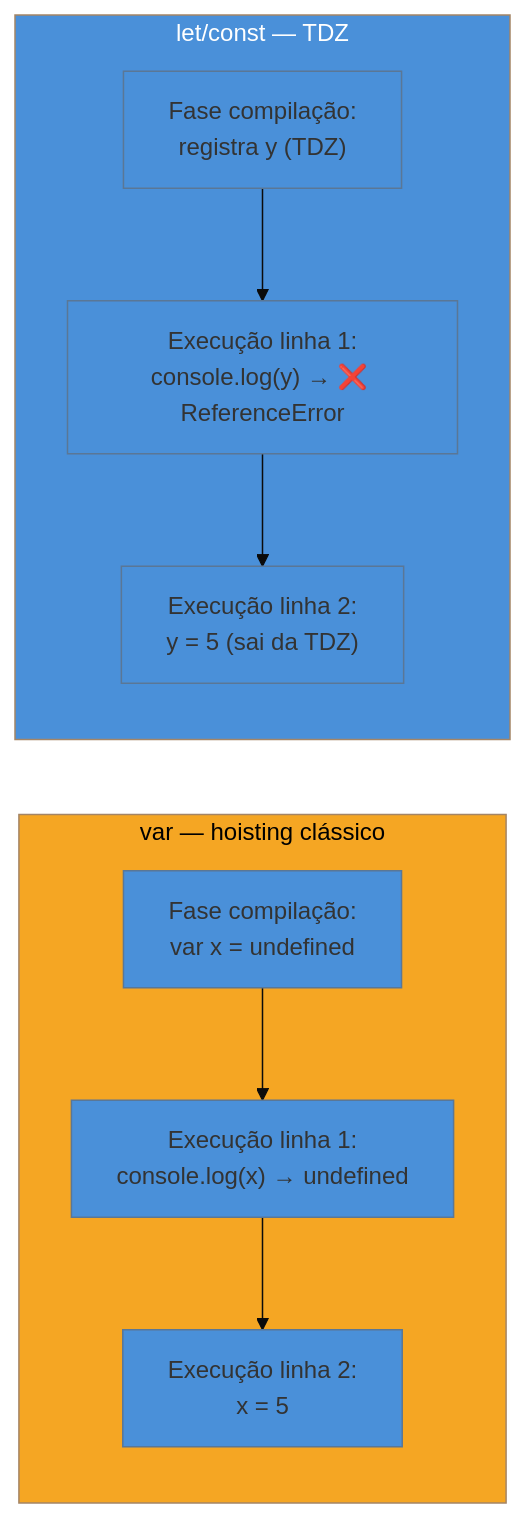
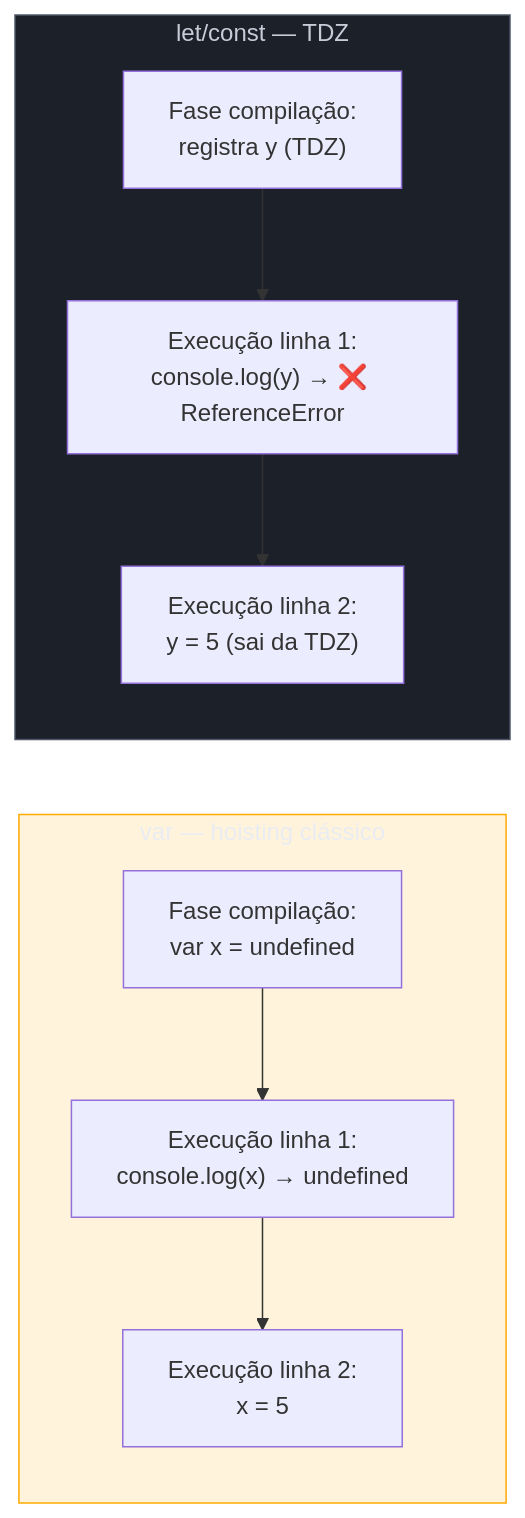
One commit to josenaldo/codex-technomanticus changed the fifth of 5 diagrams in 03-Dominios/Tecnologia/JavaScript/25 - Armadilhas e quirks.md. Above: the diagram before and after it, drawn with Mermaid. The commit also changed other lines of this file and 1181 other files, not shown here.

First line of the commit message:
fix(diagramas): paleta do sistema no lugar de cor cravada no markdown

````diff
--- a/03-Dominios/Tecnologia/JavaScript/25 - Armadilhas e quirks.md
+++ b/03-Dominios/Tecnologia/JavaScript/25 - Armadilhas e quirks.md
@@ -441,12 +445,13 @@
 ```mermaid
-%%{init: {"theme": "base", "themeVariables": {"primaryColor": "#4A90D9"}}}%%
 graph LR
+    classDef destaque fill:#FFAA0024,stroke:#FFAA00,color:#E9ECF2
+    classDef neutro fill:#1B2029,stroke:#4E5666,color:#C6CCD8
     subgraph Var["var — hoisting clássico"]
         V1["Fase compilação:\nvar x = undefined"] --> V2["Execução linha 1:\nconsole.log(x) → undefined"] --> V3["Execução linha 2:\nx = 5"]
     end
     subgraph Let["let/const — TDZ"]
         L1["Fase compilação:\nregistra y (TDZ)"] --> L2["Execução linha 1:\nconsole.log(y) → ❌ ReferenceError"] --> L3["Execução linha 2:\ny = 5 (sai da TDZ)"]
     end
-    style Var fill:#F5A623,color:#000
-    style Let fill:#4A90D9,color:#fff
+    class Var destaque
+    class Let neutro
 ```
````
